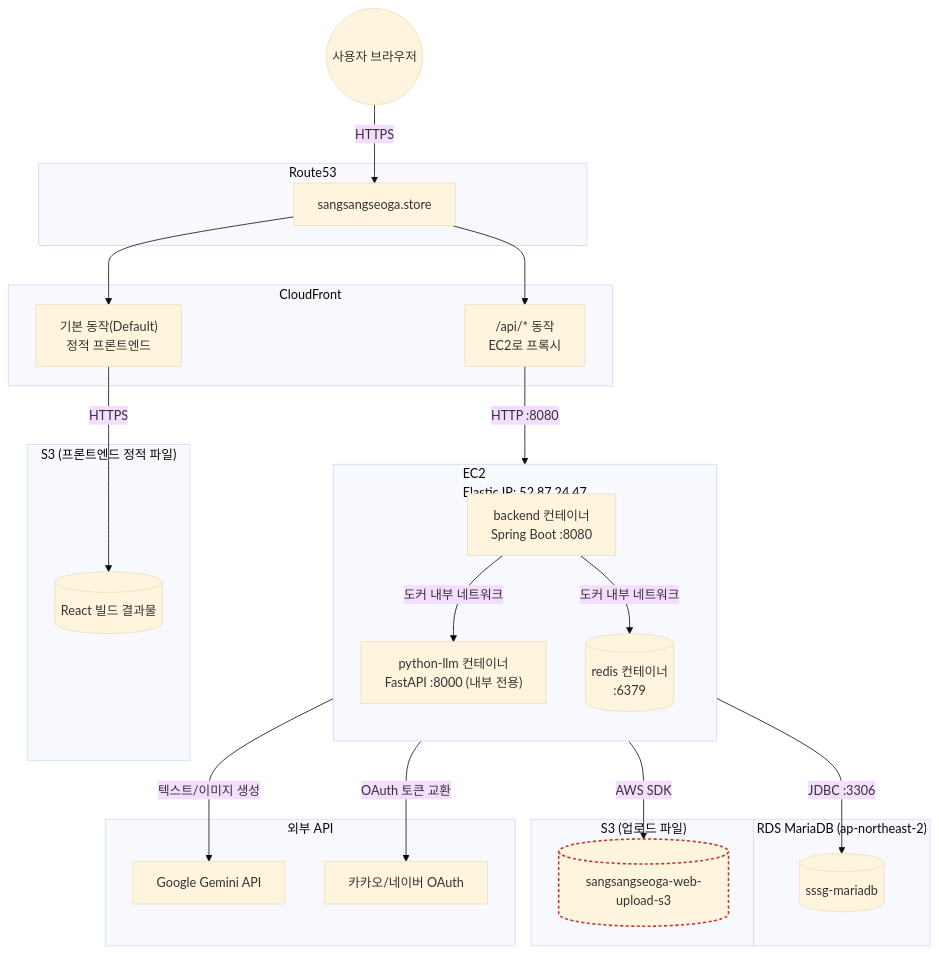
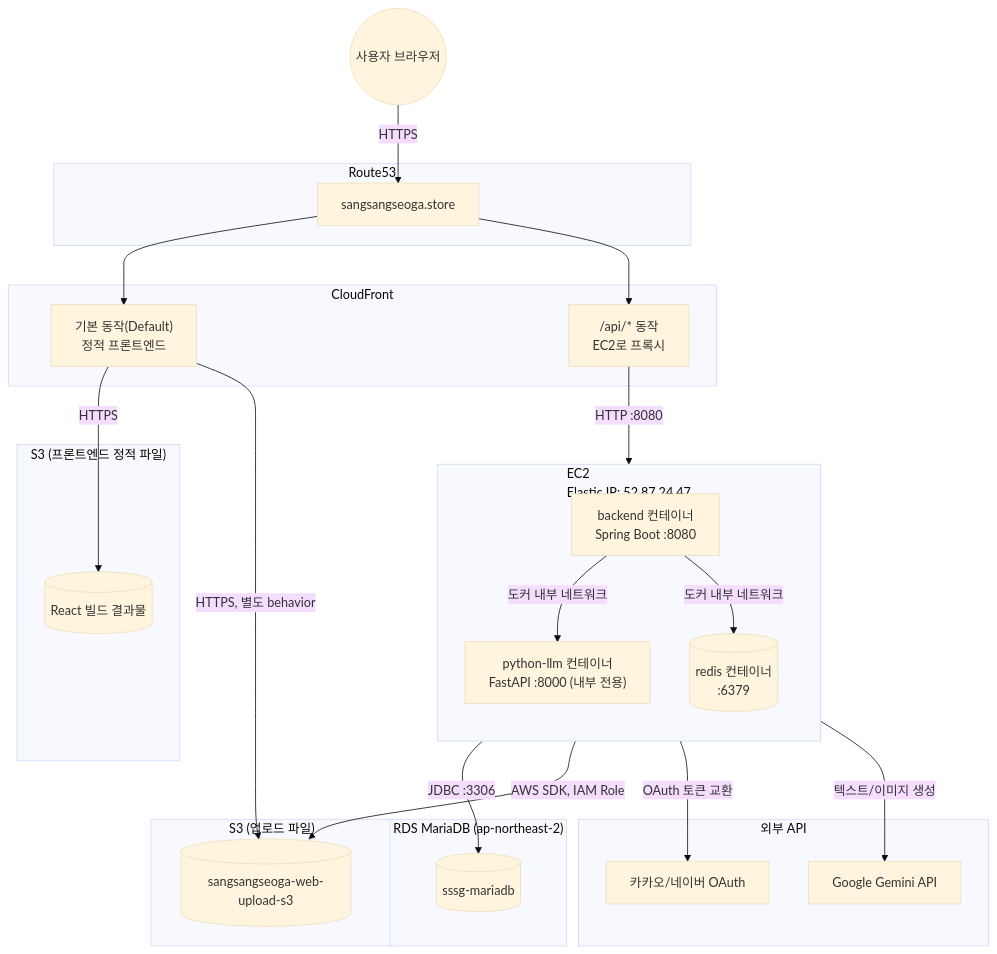
One commit to KostaFinal/sangsangseoga-springboot changed the first of 2 diagrams in docs/choiswgg/10-infrastructure-architecture.md. Above: the diagram before and after it, drawn with Mermaid (base theme). The commit also changed other lines of this file and 10 other files, not shown here.

First line of the commit message:
docs: ERD/아키텍처 이미지 추가 및 README·상세 문서 정리

````diff
--- a/docs/choiswgg/10-infrastructure-architecture.md
+++ b/docs/choiswgg/10-infrastructure-architecture.md
@@ -7,53 +7,51 @@
 ```mermaid
 flowchart TB
     User((사용자 브라우저))
 
     subgraph DNS["Route53"]
         R53["sangsangseoga.store<br/>"]
     end
 
     subgraph CDN["CloudFront"]
         CFDefault["기본 동작(Default)<br/>정적 프론트엔드"]
         CFApi["/api/* 동작<br/>EC2로 프록시"]
     end
 
     subgraph S3F["S3 (프론트엔드 정적 파일)"]
         FrontendBucket[("React 빌드 결과물")]
     end
 
     subgraph EC2Box["EC2 <br/>Elastic IP: 52.87.24.47"]
         direction TB
         Backend["backend 컨테이너<br/>Spring Boot :8080"]
         PythonLLM["python-llm 컨테이너<br/>FastAPI :8000 (내부 전용)"]
         Redis[("redis 컨테이너<br/>:6379")]
         Backend -->|도커 내부 네트워크| PythonLLM
         Backend -->|도커 내부 네트워크| Redis
     end
 
     subgraph RDSBox["RDS MariaDB (ap-northeast-2)"]
         RDS[("sssg-mariadb")]
     end
 
     subgraph S3U["S3 (업로드 파일)"]
         UploadBucket[("sangsangseoga-web-upload-s3")]
     end
 
     subgraph External["외부 API"]
         Gemini["Google Gemini API"]
         Kakao["카카오/네이버 OAuth"]
     end
 
     User -->|HTTPS| R53
     R53 --> CFDefault
     R53 --> CFApi
     CFDefault -->|HTTPS| FrontendBucket
+    CFDefault -->|HTTPS, 별도 behavior| UploadBucket
     CFApi -->|HTTP :8080| Backend
 
     Backend -->|JDBC :3306| RDS
-    Backend -->|AWS SDK| UploadBucket
+    Backend -->|AWS SDK, IAM Role| UploadBucket
     Backend -->|OAuth 토큰 교환| Kakao
     PythonLLM -->|텍스트/이미지 생성| Gemini
-
-    classDef gap stroke:#c0392b,stroke-width:2px,stroke-dasharray:4 3;
-    class UploadBucket gap
 ```
````
